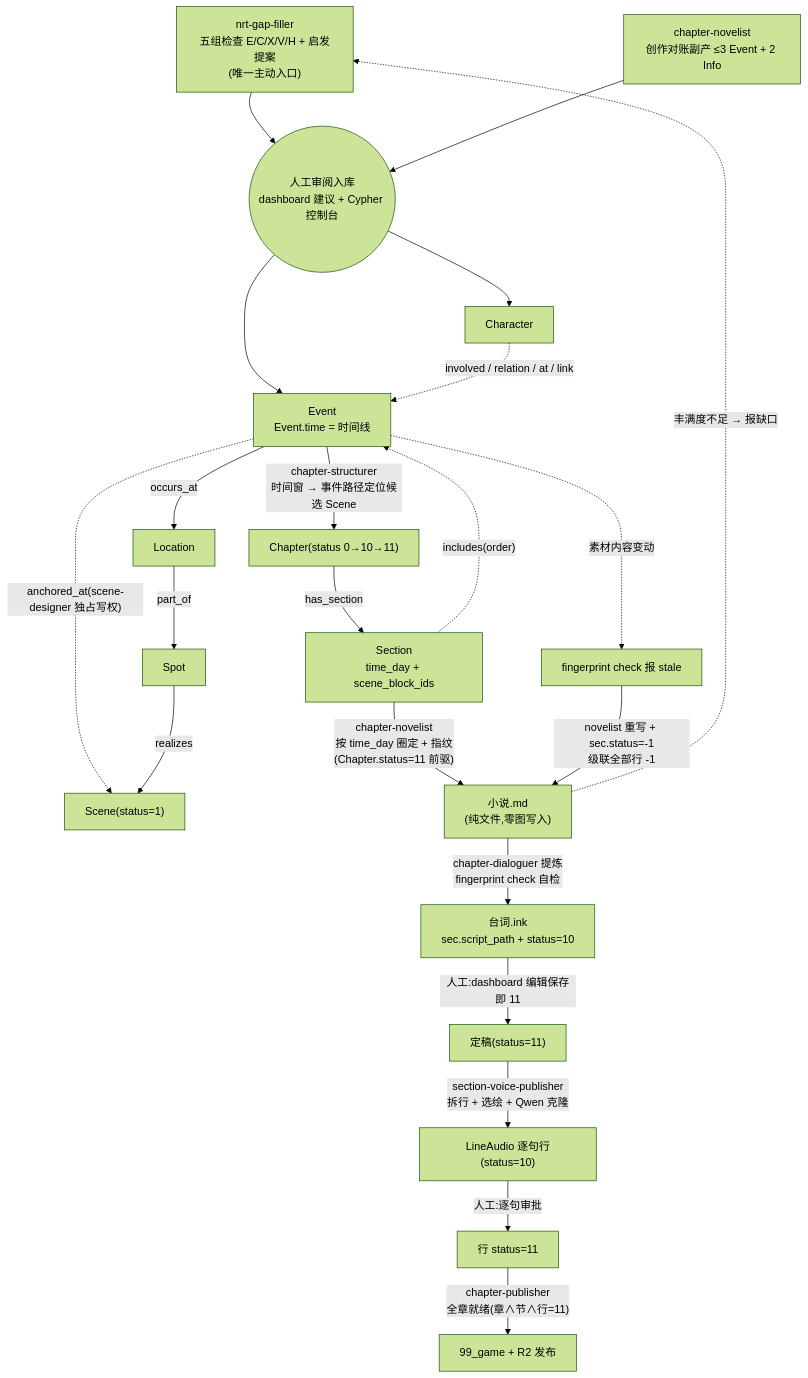
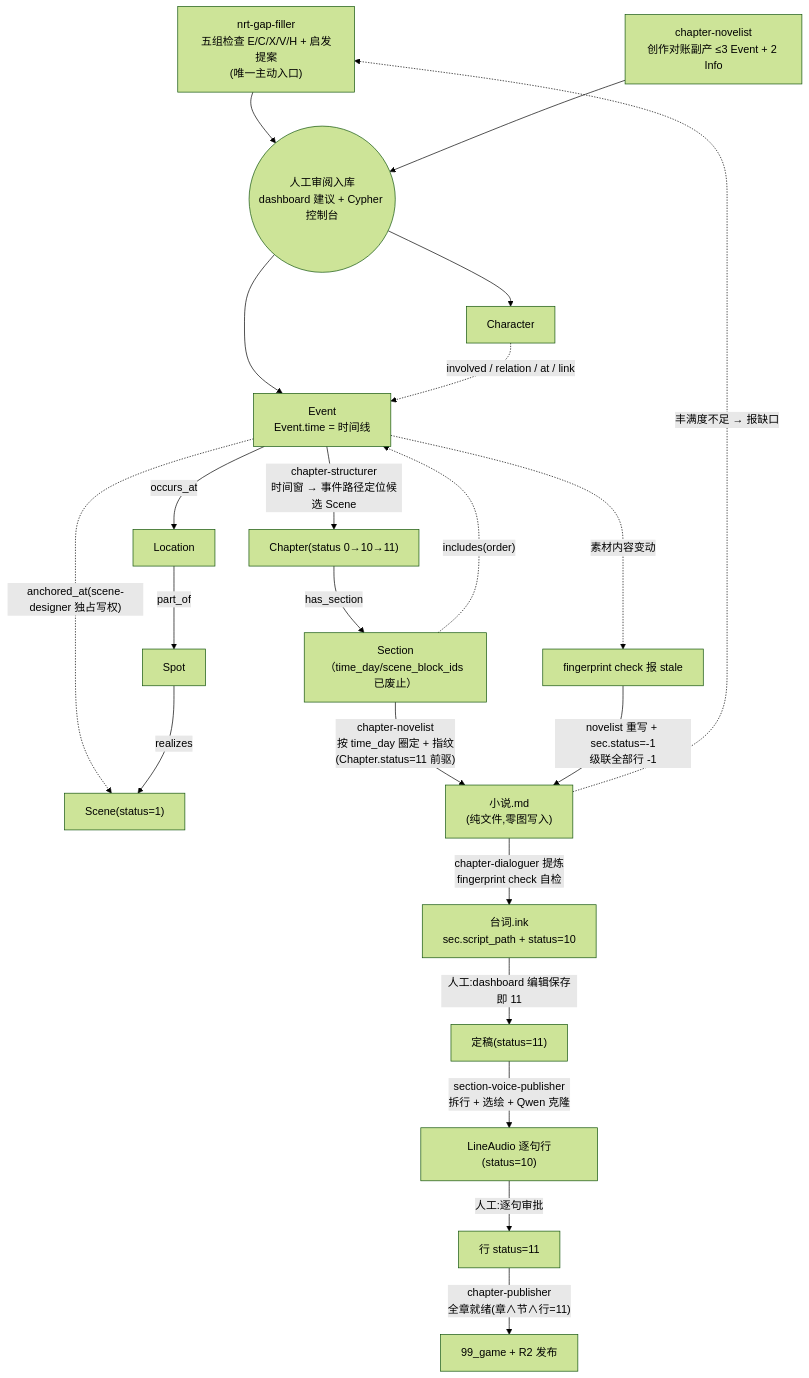
One commit to CrazyJinn/ProxyLove changed the first of 4 diagrams in demo/叙事生产消费流程.md. Above: the diagram before and after it, drawn with Mermaid (forest theme). The commit also changed other lines of this file and 40 other files, not shown here.

````diff
--- a/demo/叙事生产消费流程.md
+++ b/demo/叙事生产消费流程.md
@@ -9,38 +9,38 @@
 ```mermaid
 flowchart TD
     %% ── 生产层:全部收敛到「建议 JSON → 人工审阅入库」──
     GAP["nrt-gap-filler<br/>五组检查 E/C/X/V/H + 启发提案<br/>(唯一主动入口)"]
     NVS["chapter-novelist<br/>创作对账副产 ≤3 Event + 2 Info"]
     AUD(("人工审阅入库<br/>dashboard 建议 + Cypher 控制台"))
     GAP --> AUD
     NVS --> AUD
 
     %% ── 图数据 ──
     AUD --> CH["Character"]
     AUD --> EV["Event<br/>Event.time = 时间线"]
     CH -. "involved / relation / at / link" .-> EV
 
     %% ── 场景化(scene-designer)──
     EV -- "occurs_at" --> LOC["Location"]
     LOC -- "part_of" --> SP["Spot"]
     EV -. "anchored_at(scene-designer 独占写权)" .-> SC
     SP -- "realizes" --> SC["Scene(status=1)"]
 
     %% ── 建章(structurer)──
     EV -->|"chapter-structurer<br/>时间窗 → 事件路径定位候选 Scene"| CHN["Chapter(status 0→10→11)"]
-    CHN -- "has_section" --> SEC["Section<br/>time_day + scene_block_ids"]
+    CHN -- "has_section" --> SEC["Section<br/>（time_day/scene_block_ids 已废止）"]
     SEC -. "includes(order)" .-> EV
 
     %% ── 节级创作链 ──
     SEC -->|"chapter-novelist<br/>按 time_day 圈定 + 指纹<br/>(Chapter.status=11 前驱)"| NOVEL["小说.md<br/>(纯文件,零图写入)"]
     NOVEL -->|"chapter-dialoguer 提炼<br/>fingerprint check 自检"| INK["台词.ink<br/>sec.script_path + status=10"]
     INK -->|"人工:dashboard 编辑保存即 11"| INK2["定稿(status=11)"]
     INK2 -->|"section-voice-publisher<br/>拆行 + 选绘 + Qwen 克隆"| LA["LineAudio 逐句行(status=10)"]
     LA -->|"人工:逐句审批"| LA11["行 status=11"]
     LA11 -->|"chapter-publisher<br/>全章就绪(章∧节∧行=11)"| GAME["99_game + R2 发布"]
 
     %% ── 变更回环 ──
     EV -. "素材内容变动" .-> FP["fingerprint check 报 stale"]
     FP -->|"novelist 重写 + sec.status=-1<br/>级联全部行 -1"| NOVEL
     NOVEL -. "丰满度不足 → 报缺口" .-> GAP
 ```
````
